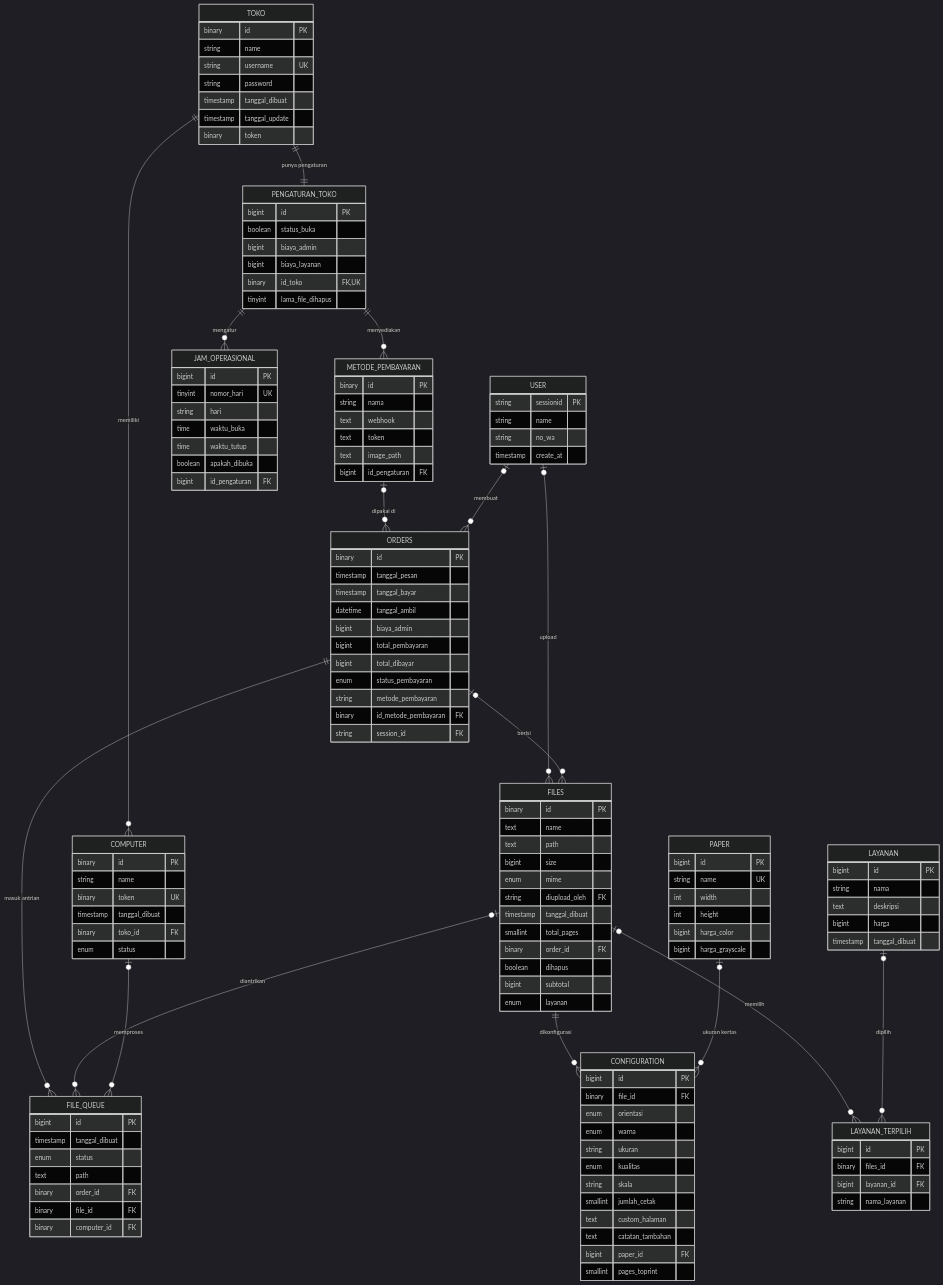
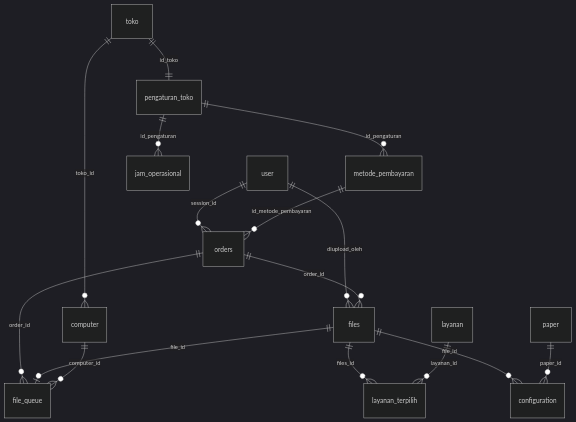
The diagram in printer-webaap/databasescheme.md (vallen-ctrl/auto-print-usingPHP), drawn with Mermaid (dark theme) before and after one commit. The commit also changed other lines of this file and 1 other file, not shown here.

````diff
--- a/printer-webaap/databasescheme.md
+++ b/printer-webaap/databasescheme.md
@@ -3,150 +16,18 @@
 ```mermaid
 erDiagram
-    USER {
-        string sessionid PK
-        string name
-        string no_wa
-        timestamp create_at
-    }
-
-    LAYANAN {
-        bigint id PK
-        string nama
-        text deskripsi
-        bigint harga
-        timestamp tanggal_dibuat
-    }
-
-    TOKO {
-        binary id PK
-        string name
-        string username UK
-        string password
-        timestamp tanggal_dibuat
-        timestamp tanggal_update
-        binary token
-    }
-
-    PAPER {
-        bigint id PK
-        string name UK
-        int width
-        int height
-        bigint harga_color
-        bigint harga_grayscale
-    }
-
-    COMPUTER {
-        binary id PK
-        string name
-        binary token UK
-        timestamp tanggal_dibuat
-        binary toko_id FK
-        enum status
-    }
-
-    PENGATURAN_TOKO {
-        bigint id PK
-        boolean status_buka
-        bigint biaya_admin
-        bigint biaya_layanan
-        binary id_toko FK, UK
-        tinyint lama_file_dihapus
-    }
-
-    JAM_OPERASIONAL {
-        bigint id PK
-        tinyint nomor_hari UK
-        string hari
-        time waktu_buka
-        time waktu_tutup
-        boolean apakah_dibuka
-        bigint id_pengaturan FK
-    }
-
-    METODE_PEMBAYARAN {
-        binary id PK
-        string nama
-        text webhook
-        text token
-        text image_path
-        bigint id_pengaturan FK
-    }
-
-    ORDERS {
-        binary id PK
-        timestamp tanggal_pesan
-        timestamp tanggal_bayar
-        datetime tanggal_ambil
-        bigint biaya_admin
-        bigint total_pembayaran
-        bigint total_dibayar
-        enum status_pembayaran
-        string metode_pembayaran
-        binary id_metode_pembayaran FK
-        string session_id FK
-    }
-
-    FILES {
-        binary id PK
-        text name
-        text path
-        bigint size
-        enum mime
-        string diupload_oleh FK
-        timestamp tanggal_dibuat
-        smallint total_pages
-        binary order_id FK
-        boolean dihapus
-        bigint subtotal
-        enum layanan
-    }
-
-    LAYANAN_TERPILIH {
-        bigint id PK
-        binary files_id FK
-        bigint layanan_id FK
-        string nama_layanan
-    }
-
-    CONFIGURATION {
-        bigint id PK
-        binary file_id FK
-        enum orientasi
-        enum warna
-        string ukuran
-        enum kualitas
-        string skala
-        smallint jumlah_cetak
-        text custom_halaman
-        text catatan_tambahan
-        bigint paper_id FK
-        smallint pages_toprint
-    }
-
-    FILE_QUEUE {
-        bigint id PK
-        timestamp tanggal_dibuat
-        enum status
-        text path
-        binary order_id FK
-        binary file_id FK
-        binary computer_id FK
-    }
-
-    TOKO ||--o{ COMPUTER : "memiliki"
-    TOKO ||--|| PENGATURAN_TOKO : "punya pengaturan"
-    PENGATURAN_TOKO ||--o{ JAM_OPERASIONAL : "mengatur"
-    PENGATURAN_TOKO ||--o{ METODE_PEMBAYARAN : "menyediakan"
-    METODE_PEMBAYARAN |o--o{ ORDERS : "dipakai di"
-    USER |o--o{ ORDERS : "membuat"
-    USER |o--o{ FILES : "upload"
-    ORDERS |o--o{ FILES : "berisi"
-    ORDERS ||--o{ FILE_QUEUE : "masuk antrian"
-    FILES |o--o{ FILE_QUEUE : "diantrikan"
-    COMPUTER |o--o{ FILE_QUEUE : "memproses"
-    FILES ||--o{ CONFIGURATION : "dikonfigurasi"
-    PAPER |o--o{ CONFIGURATION : "ukuran kertas"
-    FILES |o--o{ LAYANAN_TERPILIH : "memilih"
-    LAYANAN |o--o{ LAYANAN_TERPILIH : "dipilih"
+    user ||--o{ orders : "session_id"
+    user ||--o{ files : "diupload_oleh"
+    toko ||--o{ computer : "toko_id"
+    toko ||--|| pengaturan_toko : "id_toko"
+    pengaturan_toko ||--o{ jam_operasional : "id_pengaturan"
+    pengaturan_toko ||--o{ metode_pembayaran : "id_pengaturan"
+    metode_pembayaran ||--o{ orders : "id_metode_pembayaran"
+    orders ||--o{ files : "order_id"
+    orders ||--o{ file_queue : "order_id"
+    files ||--o{ layanan_terpilih : "files_id"
+    layanan ||--o{ layanan_terpilih : "layanan_id"
+    files ||--o{ configuration : "file_id"
+    paper ||--o{ configuration : "paper_id"
+    files ||--o| file_queue : "file_id"
+    computer ||--o{ file_queue : "computer_id"
 ```
````
